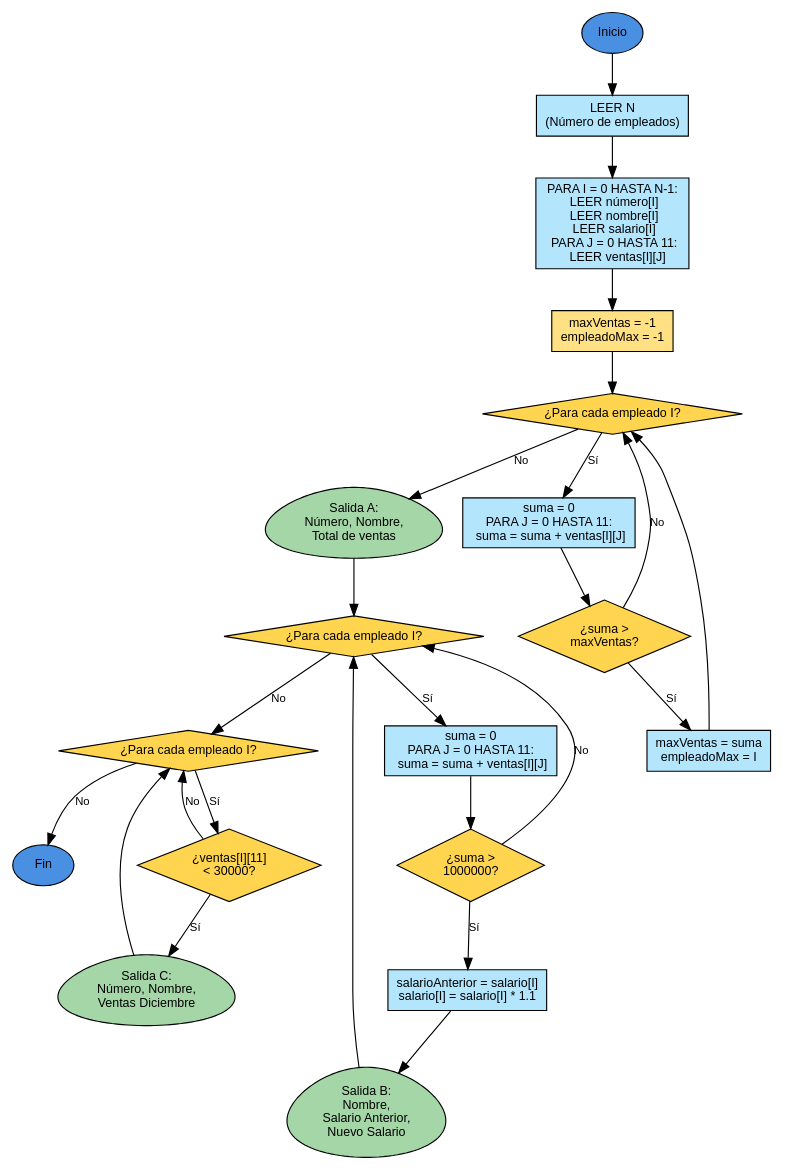
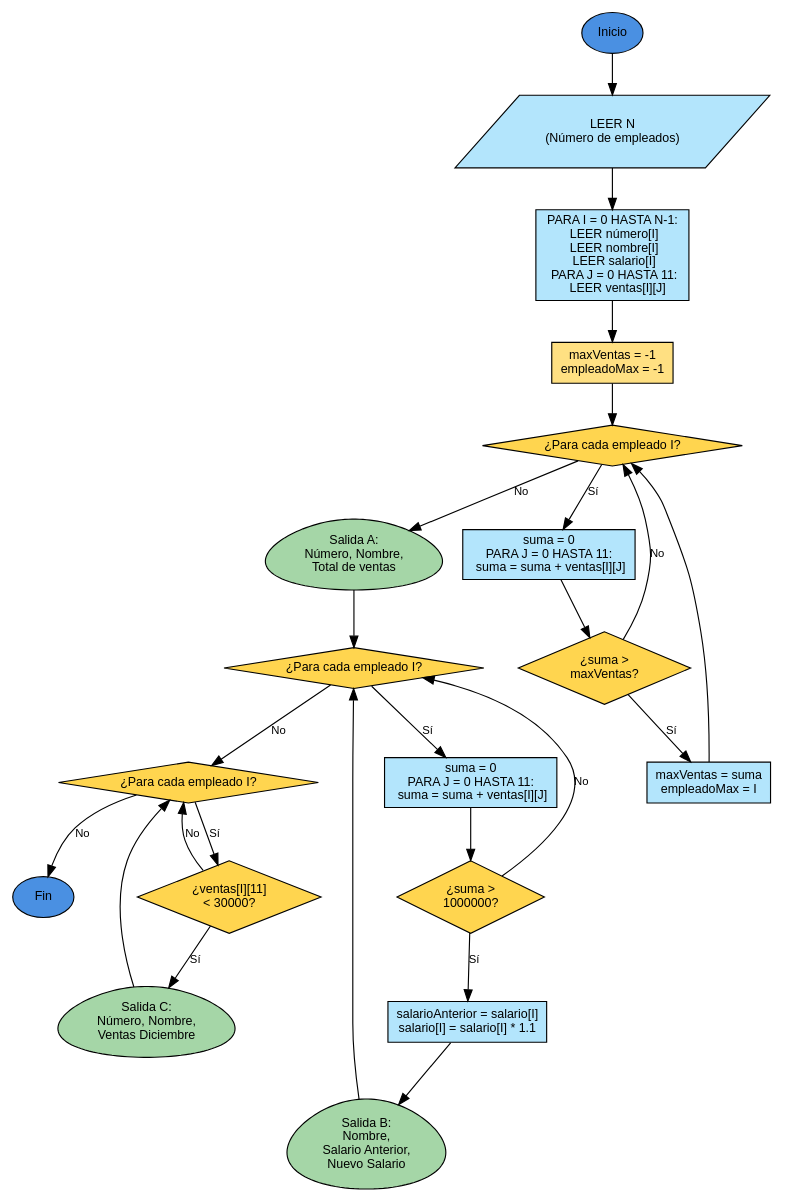
Before and after one commit to ISAIMCH/EjerciciosJava: the diagram in Diagramas/problema-5-2-pag-363.dot, drawn with Graphviz. The commit also changed 11 other files, not shown here.

Commit message:
Modificaciones en diagrams

```diff
--- a/Diagramas/problema-5-2-pag-363.dot
+++ b/Diagramas/problema-5-2-pag-363.dot
@@ -1,66 +1,66 @@
 digraph Problema5_2 {
     rankdir=TB;
     node [fontname="Arial", fontsize=11, style=filled, fillcolor=white];
     edge [fontname="Arial", fontsize=10];
 
     // Nodos principales - Inicio
     inicio [shape=ellipse, label="Inicio", fillcolor="#4A90E2"];
     
     // Entrada de datos
-    entrada_n [shape=box, label="LEER N\n(Número de empleados)", fillcolor="#B3E5FC"];
+    entrada_n [shape=parallelogram, label="LEER N\n(Número de empleados)", fillcolor="#B3E5FC"];
     entrada_empleados [shape=box, label="PARA I = 0 HASTA N-1:\n  LEER número[I]\n  LEER nombre[I]\n  LEER salario[I]\n  PARA J = 0 HASTA 11:\n    LEER ventas[I][J]", fillcolor="#B3E5FC"];
     
     // Inciso a) - Empleado con mayores ventas
     proc_a_init [shape=box, label="maxVentas = -1\nempleadoMax = -1", fillcolor="#FFE082"];
     proc_a_loop [shape=diamond, label="¿Para cada empleado I?", fillcolor="#FFD54F"];
     proc_a_suma [shape=box, label="suma = 0\nPARA J = 0 HASTA 11:\n  suma = suma + ventas[I][J]", fillcolor="#B3E5FC"];
     proc_a_comp [shape=diamond, label="¿suma >\nmaxVentas?", fillcolor="#FFD54F"];
     proc_a_upd [shape=box, label="maxVentas = suma\nempleadoMax = I", fillcolor="#B3E5FC"];
     salida_a [shape=egg, label="Salida A:\nNúmero, Nombre,\nTotal de ventas", fillcolor="#A5D6A7"];
     
     // Inciso b) - Incremento de salarios
     proc_b_loop [shape=diamond, label="¿Para cada empleado I?", fillcolor="#FFD54F"];
     proc_b_suma [shape=box, label="suma = 0\nPARA J = 0 HASTA 11:\n  suma = suma + ventas[I][J]", fillcolor="#B3E5FC"];
     proc_b_comp [shape=diamond, label="¿suma >\n1000000?", fillcolor="#FFD54F"];
     proc_b_upd [shape=box, label="salarioAnterior = salario[I]\nsalario[I] = salario[I] * 1.1", fillcolor="#B3E5FC"];
     salida_b [shape=egg, label="Salida B:\nNombre,\nSalario Anterior,\nNuevo Salario", fillcolor="#A5D6A7"];
     
     // Inciso c) - Empleados con ventas bajas en diciembre
     proc_c_loop [shape=diamond, label="¿Para cada empleado I?", fillcolor="#FFD54F"];
     proc_c_comp [shape=diamond, label="¿ventas[I][11]\n< 30000?", fillcolor="#FFD54F"];
     salida_c [shape=egg, label="Salida C:\nNúmero, Nombre,\nVentas Diciembre", fillcolor="#A5D6A7"];
     
     // Fin
     fin [shape=ellipse, label="Fin", fillcolor="#4A90E2"];
 
     // Conexiones
     inicio -> entrada_n;
     entrada_n -> entrada_empleados;
     entrada_empleados -> proc_a_init;
     
     // Inciso A
     proc_a_init -> proc_a_loop;
     proc_a_loop -> proc_a_suma [label="Sí"];
     proc_a_suma -> proc_a_comp;
     proc_a_comp -> proc_a_upd [label="Sí"];
     proc_a_upd -> proc_a_loop;
     proc_a_comp -> proc_a_loop [label="No"];
     proc_a_loop -> salida_a [label="No"];
     
     // Inciso B
     salida_a -> proc_b_loop;
     proc_b_loop -> proc_b_suma [label="Sí"];
     proc_b_suma -> proc_b_comp;
     proc_b_comp -> proc_b_upd [label="Sí"];
     proc_b_upd -> salida_b;
     salida_b -> proc_b_loop;
     proc_b_comp -> proc_b_loop [label="No"];
     proc_b_loop -> proc_c_loop [label="No"];
     
     // Inciso C
     proc_c_loop -> proc_c_comp [label="Sí"];
     proc_c_comp -> salida_c [label="Sí"];
     salida_c -> proc_c_loop;
     proc_c_comp -> proc_c_loop [label="No"];
     proc_c_loop -> fin [label="No"];
 }
```
